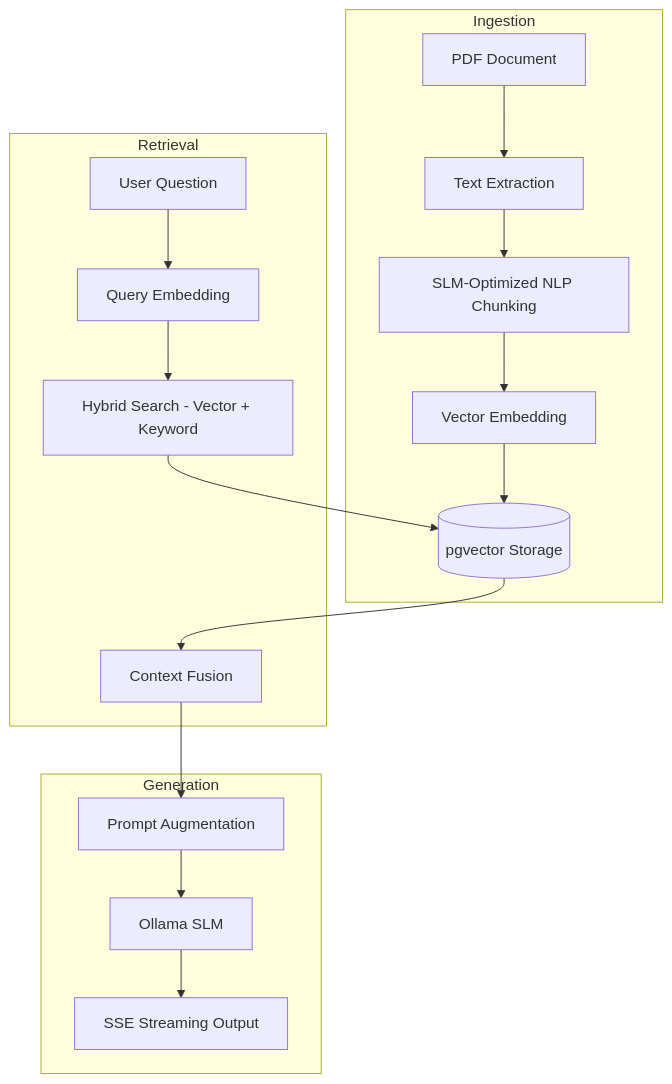
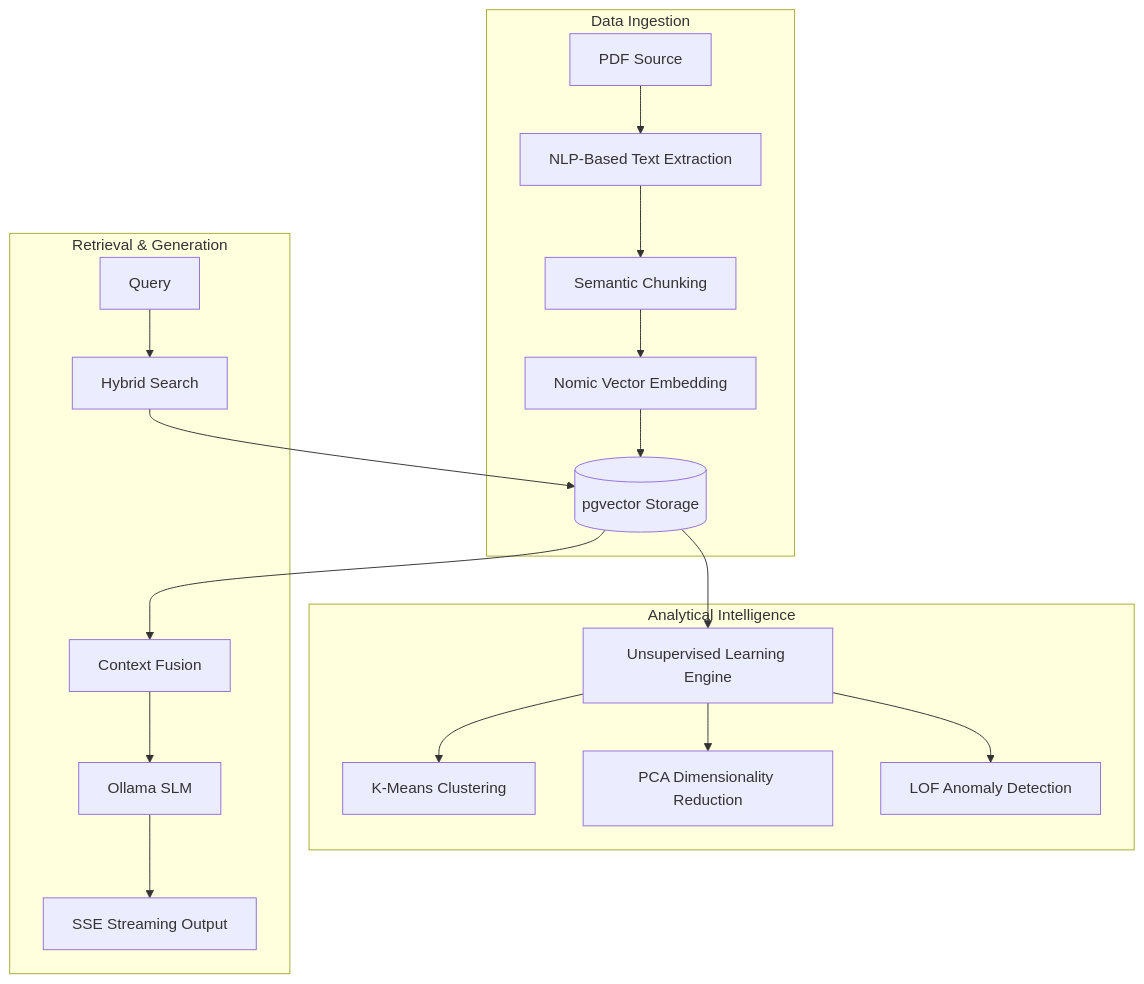
The diagram in README.md (ShivamRaj9188/CampusGPT), drawn with Mermaid before and after one commit. The commit also changed other lines of this file, not shown here.

````diff
--- a/README.md
+++ b/README.md
@@ -19,22 +19,24 @@
 ```mermaid
 graph TD
-    subgraph Ingestion
-    A[PDF Document] --> B[Text Extraction]
-    B --> C[SLM-Optimized NLP Chunking]
-    C --> D[Vector Embedding]
+    subgraph Data Ingestion
+    A[PDF Source] --> B[NLP-Based Text Extraction]
+    B --> C[Semantic Chunking]
+    C --> D[Nomic Vector Embedding]
     D --> E[(pgvector Storage)]
     end
 
-    subgraph Retrieval
-    F[User Question] --> G[Query Embedding]
-    G --> H[Hybrid Search - Vector + Keyword]
-    H --> E
-    E --> I[Context Fusion]
+    subgraph Analytical Intelligence
+    E --> F[Unsupervised Learning Engine]
+    F --> G[K-Means Clustering]
+    F --> H[PCA Dimensionality Reduction]
+    F --> I[LOF Anomaly Detection]
     end
 
-    subgraph Generation
-    I --> J[Prompt Augmentation]
-    J --> K[Ollama SLM]
-    K --> L[SSE Streaming Output]
+    subgraph Retrieval & Generation
+    J[Query] --> K[Hybrid Search]
+    K --> E
+    E --> L[Context Fusion]
+    L --> M[Ollama SLM]
+    M --> N[SSE Streaming Output]
     end
 ```
````
